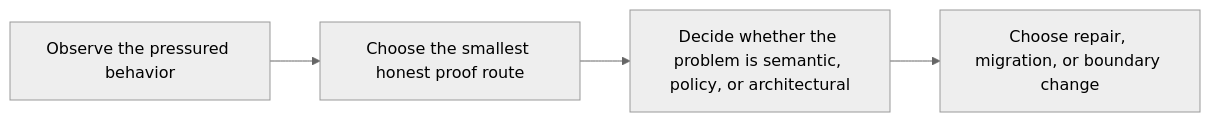
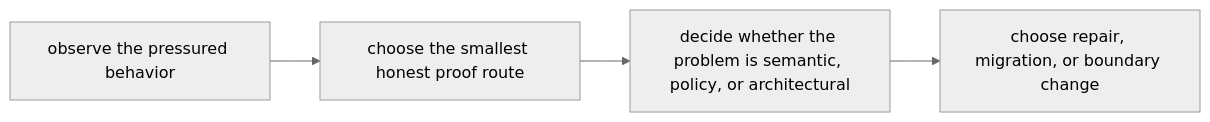
One commit to bijux/bijux-masterclass changed the diagram in programs/reproducible-research/deep-dive-snakemake/course-book/module-00-orientation/mastery-map.md. Above: the diagram before and after it, drawn with Mermaid (neutral theme). The commit also changed other lines of this file and 1 other file, not shown here.

````diff
--- a/programs/reproducible-research/deep-dive-snakemake/course-book/module-00-orientation/mastery-map.md
+++ b/programs/reproducible-research/deep-dive-snakemake/course-book/module-00-orientation/mastery-map.md
@@ -9,6 +12,6 @@
 ```mermaid
 flowchart LR
-  observe["Observe the pressured behavior"] --> prove["Choose the smallest honest proof route"]
-  prove --> judge["Decide whether the problem is semantic, policy, or architectural"]
-  judge --> govern["Choose repair, migration, or boundary change"]
+  observe["observe the pressured behavior"] --> prove["choose the smallest honest proof route"]
+  prove --> judge["decide whether the problem is semantic, policy, or architectural"]
+  judge --> govern["choose repair, migration, or boundary change"]
 ```
````
